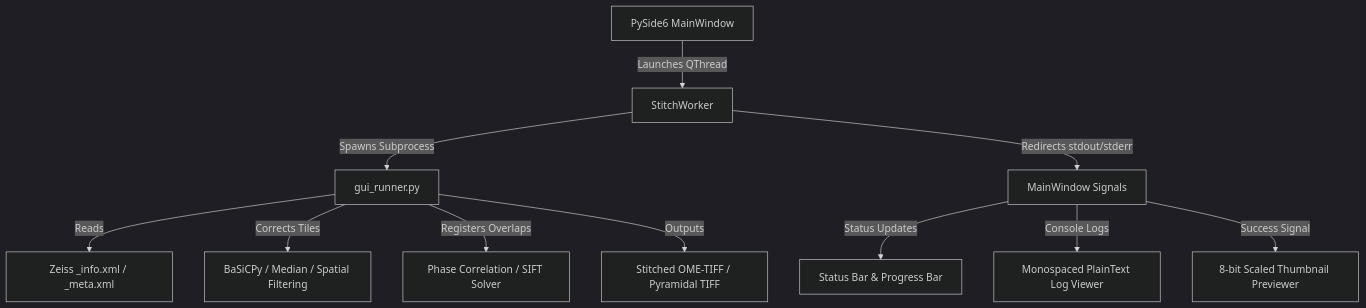
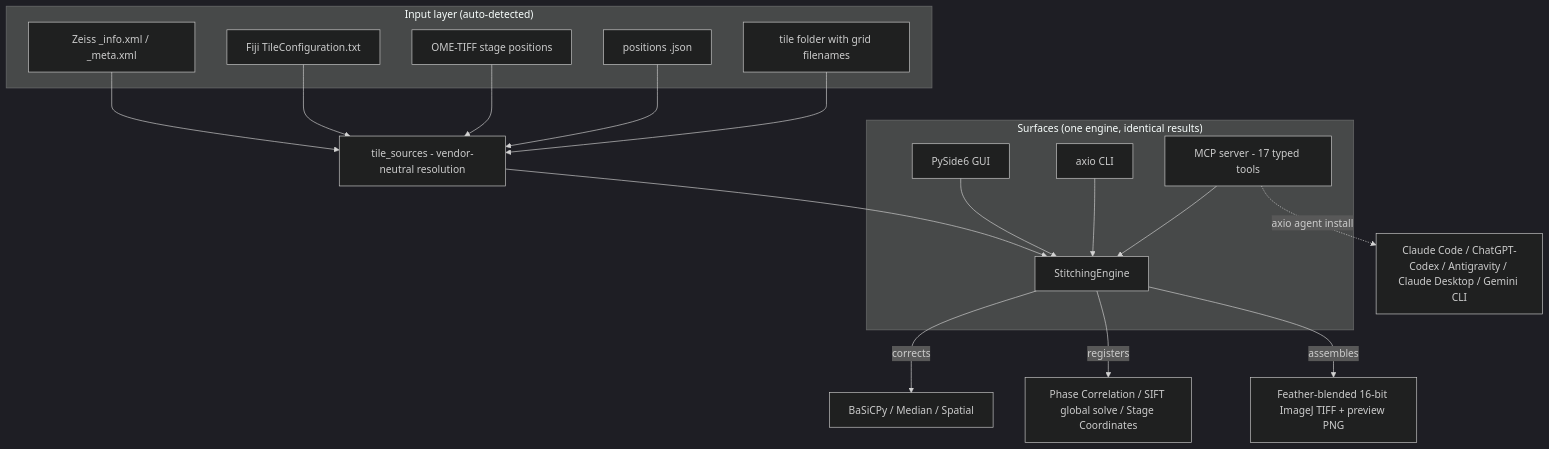
Before and after one commit to phwr9jj7-beep/AXIO_Sticthing: the diagram in README.md, drawn with Mermaid (dark theme). The commit also changed other lines of this file and 5 other files, not shown here.

````diff
--- a/README.md
+++ b/README.md
@@ -23,13 +35,21 @@
 ```mermaid
 graph TD
-    A[PySide6 MainWindow] -->|Launches QThread| B[StitchWorker]
-    B -->|Spawns Subprocess| C[gui_runner.py]
-    C -->|Reads| D[Zeiss _info.xml / _meta.xml]
-    C -->|Corrects Tiles| E[BaSiCPy / Median / Spatial Filtering]
-    C -->|Registers Overlaps| F[Phase Correlation / SIFT Solver]
-    C -->|Outputs| G[Stitched OME-TIFF / Pyramidal TIFF]
-    B -->|Redirects stdout/stderr| H[MainWindow Signals]
-    H -->|Status Updates| I[Status Bar & Progress Bar]
-    H -->|Console Logs| J[Monospaced PlainText Log Viewer]
-    H -->|Success Signal| K[8-bit Scaled Thumbnail Previewer]
+    subgraph "Input layer (auto-detected)"
+        S1[Zeiss _info.xml / _meta.xml]
+        S2[Fiji TileConfiguration.txt]
+        S3[OME-TIFF stage positions]
+        S4[positions .json]
+        S5[tile folder with grid filenames]
+    end
+    S1 & S2 & S3 & S4 & S5 --> TS[tile_sources - vendor-neutral resolution]
+    TS --> E[StitchingEngine]
+    E -->|corrects| C[BaSiCPy / Median / Spatial]
+    E -->|registers| R[Phase Correlation / SIFT global solve / Stage Coordinates]
+    E -->|assembles| O[Feather-blended 16-bit ImageJ TIFF + preview PNG]
+    subgraph "Surfaces (one engine, identical results)"
+        GUI[PySide6 GUI] --> E
+        CLI[axio CLI] --> E
+        MCP[MCP server - 17 typed tools] --> E
+    end
+    MCP -.->|axio agent install| AG[Claude Code / ChatGPT-Codex / Antigravity / Claude Desktop / Gemini CLI]
 ```
````
